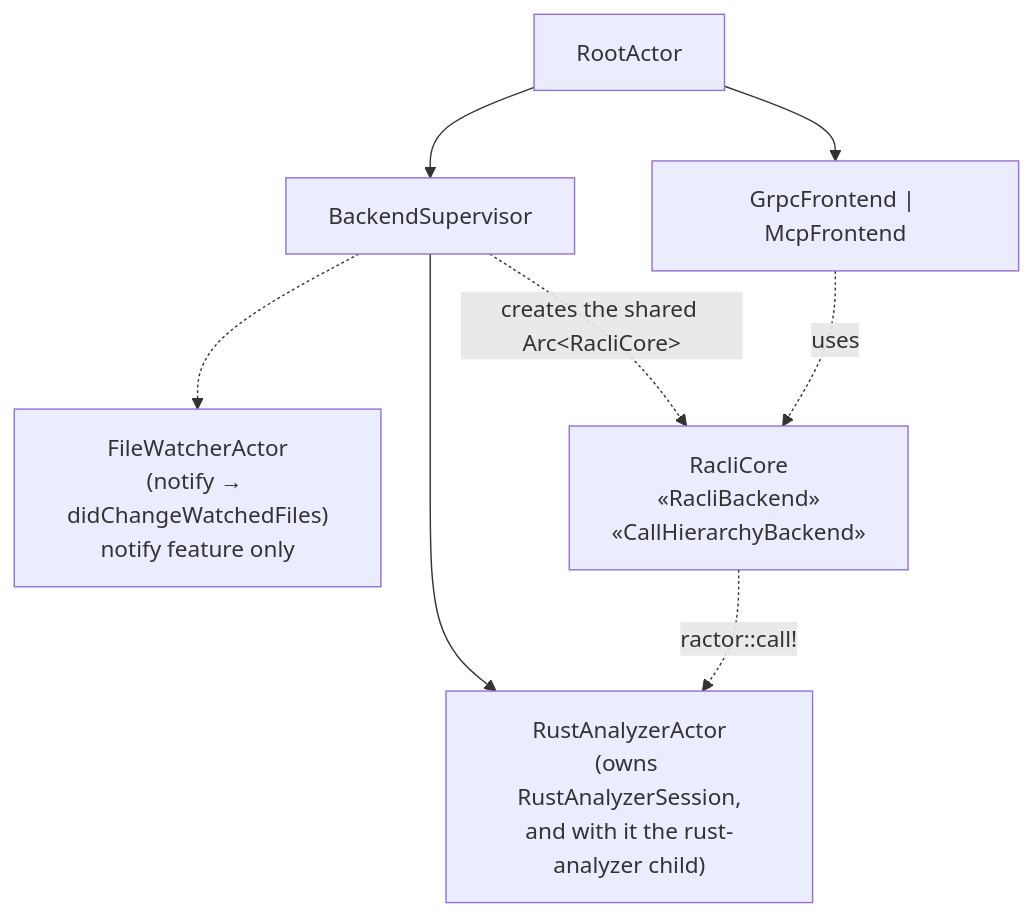
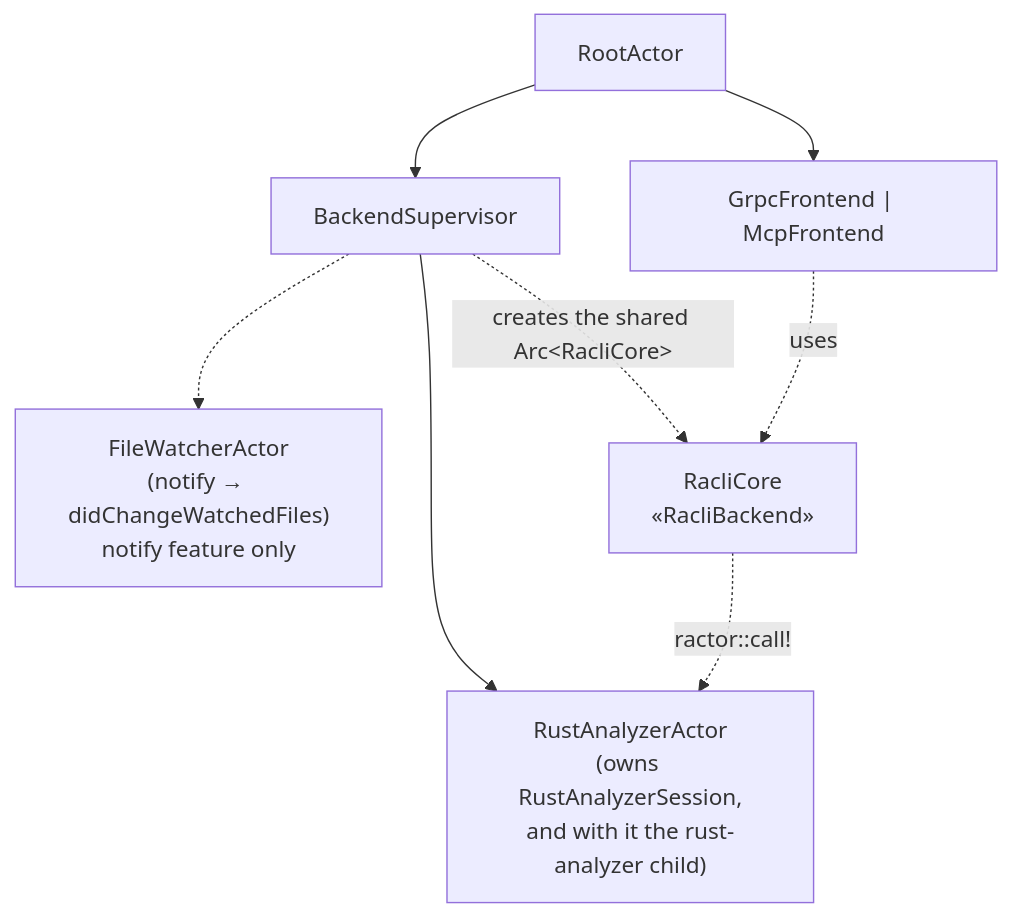
One commit to aisrael/racli changed the sixth of 6 diagrams in docs/high-level-architecture.md. Above: the diagram before and after it, drawn with Mermaid. The commit also changed other lines of this file and 6 other files, not shown here.

First line of the commit message:
Fold CallHierarchyBackend into RacliBackend

````diff
--- a/docs/high-level-architecture.md
+++ b/docs/high-level-architecture.md
@@ -128,10 +124,10 @@
 ```mermaid
 flowchart TD
     Root[RootActor] --> Backend[BackendSupervisor]
     Root --> Frontend["GrpcFrontend | McpFrontend"]
     Backend --> RA["RustAnalyzerActor<br/>(owns RustAnalyzerSession,<br/>and with it the rust-analyzer child)"]
     Backend -.-> Watcher["FileWatcherActor<br/>(notify → didChangeWatchedFiles)<br/>notify feature only"]
-    Backend -.->|"creates the shared Arc#lt;RacliCore#gt;"| Session["RacliCore<br/>«RacliBackend»<br/>«CallHierarchyBackend»"]
+    Backend -.->|"creates the shared Arc#lt;RacliCore#gt;"| Session["RacliCore<br/>«RacliBackend»"]
     Frontend -.->|"uses"| Session
     Session -.->|"ractor::call!"| RA
 ```
````
